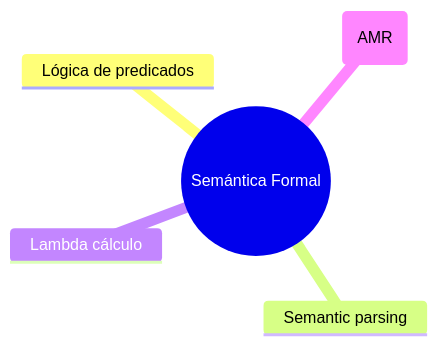
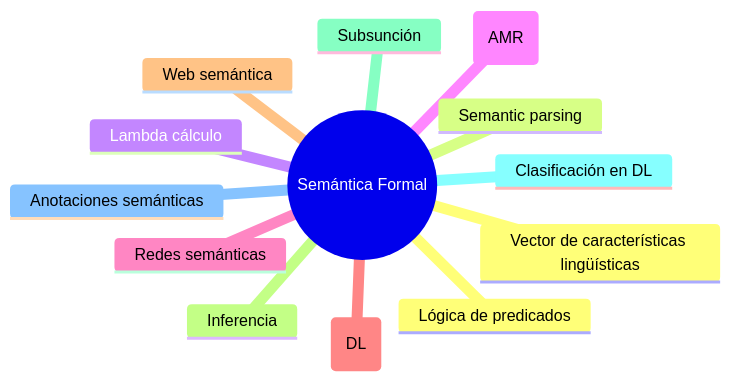
Before and after one commit to rgglez/rgglez-website: diagram 12 of 27 in src/src/data/blog/2026/04/es/glosario-linguistica-nlp.mdx, drawn with Mermaid. The commit also changed other lines of this file and 25 other files, not shown here.

Commit message:
Mermaid improvements

````diff
--- a/src/src/data/blog/2026/04/es/glosario-linguistica-nlp.mdx
+++ b/src/src/data/blog/2026/04/es/glosario-linguistica-nlp.mdx
@@ -1317,8 +1622,16 @@
 ```mermaid
 mindmap
   root((Semántica Formal))
     Lógica de predicados
     Semantic parsing
     Lambda cálculo
     Abstract Meaning Representation (AMR)
+    Redes semánticas
+    Lógica descriptiva (DL)
+    Web semántica
+    Inferencia
+    Subsunción
+    Clasificación en DL
+    Anotaciones semánticas
+    Vector de características lingüísticas
 ```
````
